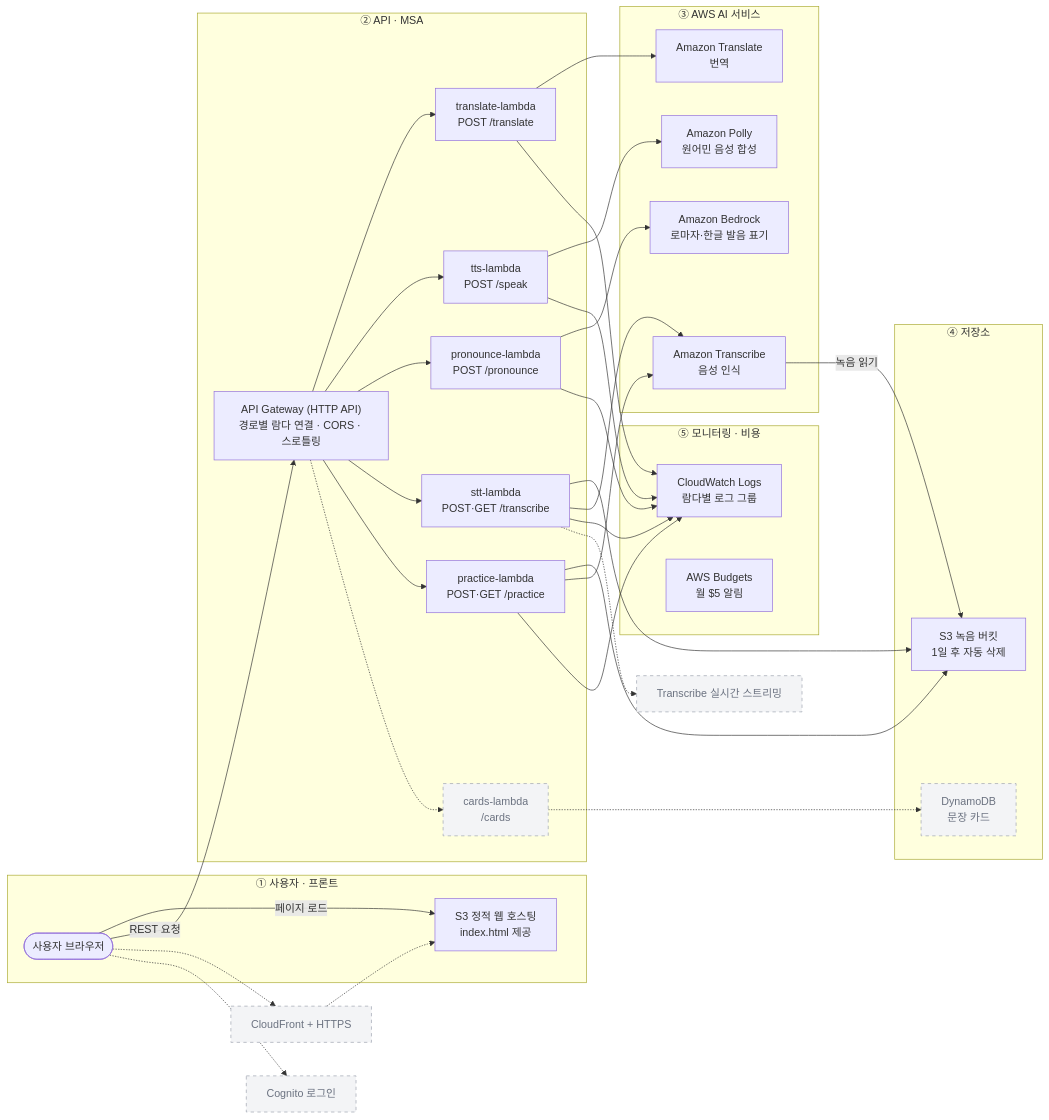
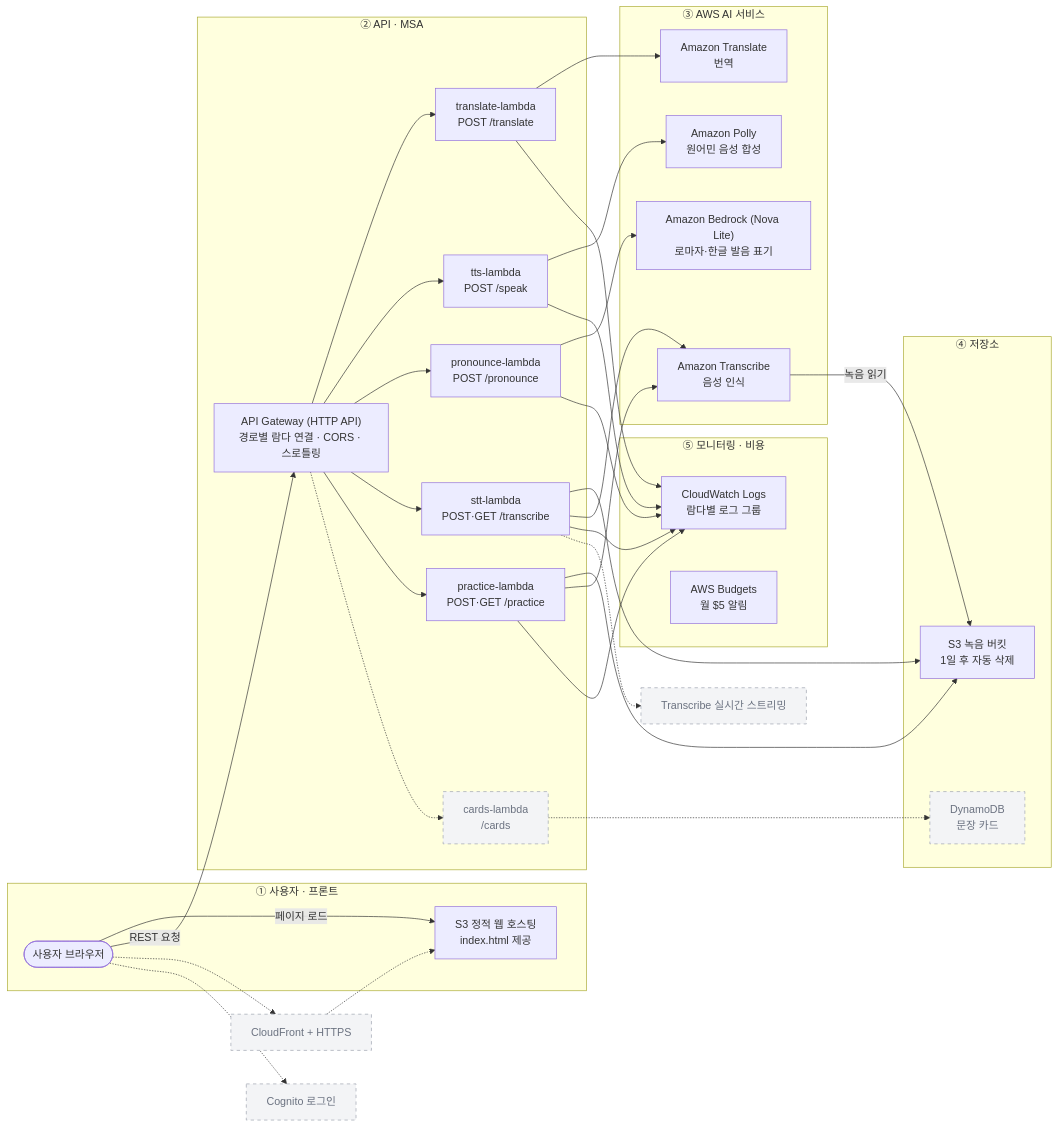
Before and after one commit to kangtayie/Cloud-Native_final-report: the diagram in architecture.md, drawn with Mermaid. The commit also changed other lines of this file and 4 other files, not shown here.

````diff
--- a/architecture.md
+++ b/architecture.md
@@ -10,57 +10,57 @@
 ```mermaid
 flowchart LR
   subgraph FRONT["① 사용자 · 프론트"]
     U([사용자 브라우저])
     S3W["S3 정적 웹 호스팅<br/>index.html 제공"]
   end
 
   subgraph API["② API · MSA"]
     APIGW["API Gateway (HTTP API)<br/>경로별 람다 연결 · CORS · 스로틀링"]
     L1["translate-lambda<br/>POST /translate"]
     L2["tts-lambda<br/>POST /speak"]
     L3["pronounce-lambda<br/>POST /pronounce"]
     L4["stt-lambda<br/>POST·GET /transcribe"]
     L5["practice-lambda<br/>POST·GET /practice"]
     L6["cards-lambda<br/>/cards"]
   end
 
   subgraph AI["③ AWS AI 서비스"]
     TR["Amazon Translate<br/>번역"]
     PO["Amazon Polly<br/>원어민 음성 합성"]
-    BR["Amazon Bedrock<br/>로마자·한글 발음 표기"]
+    BR["Amazon Bedrock (Nova Lite)<br/>로마자·한글 발음 표기"]
     TS["Amazon Transcribe<br/>음성 인식"]
   end
 
   subgraph STORE["④ 저장소"]
     S3R["S3 녹음 버킷<br/>1일 후 자동 삭제"]
     DDB["DynamoDB<br/>문장 카드"]
   end
 
   subgraph OPS["⑤ 모니터링 · 비용"]
     CW["CloudWatch Logs<br/>람다별 로그 그룹"]
     BUD["AWS Budgets<br/>월 $5 알림"]
   end
 
   U -->|페이지 로드| S3W
   U -->|REST 요청| APIGW
   APIGW --> L1 --> TR
   APIGW --> L2 --> PO
   APIGW --> L3 --> BR
   APIGW --> L4 --> S3R
   L4 --> TS
   APIGW --> L5 --> S3R
   L5 --> TS
   TS -->|녹음 읽기| S3R
   APIGW -.-> L6 -.-> DDB
   L1 & L2 & L3 & L4 & L5 --> CW
 
   CF["CloudFront + HTTPS"]:::virtual
   COG["Cognito 로그인"]:::virtual
   STR["Transcribe 실시간 스트리밍"]:::virtual
   U -.-> CF -.-> S3W
   U -.-> COG
   L4 -.-> STR
 
   class L6,DDB virtual
   classDef virtual stroke-dasharray: 5 5,fill:#f3f4f6,color:#6b7280,stroke:#9ca3af
 ```
````
